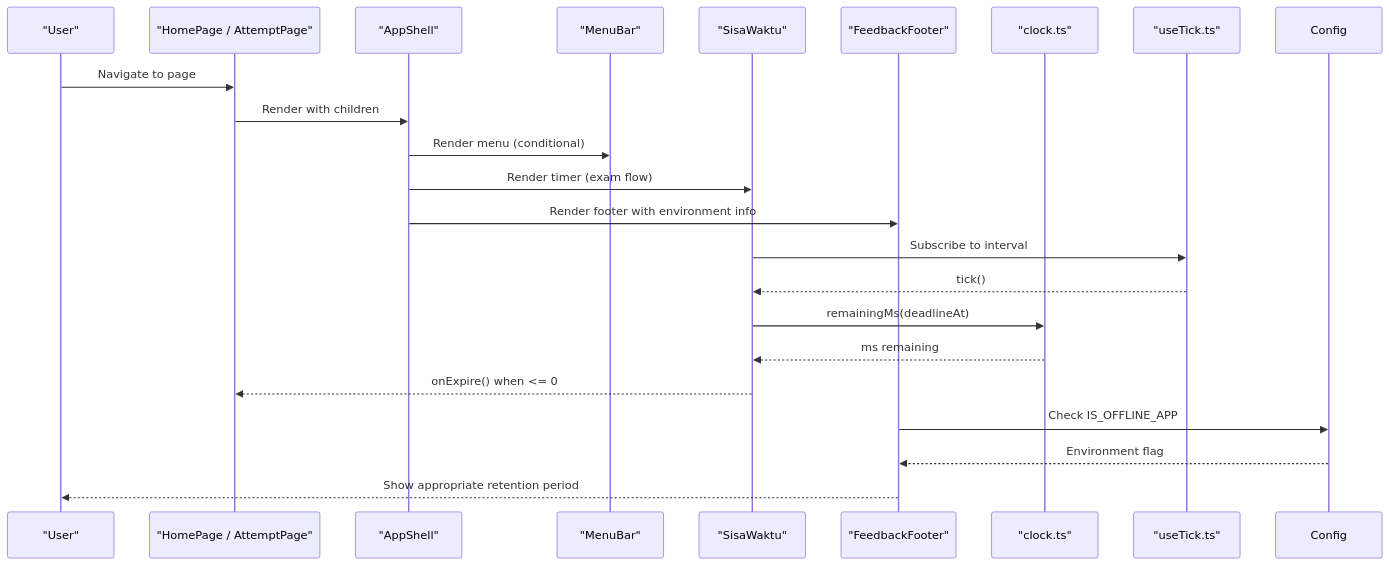
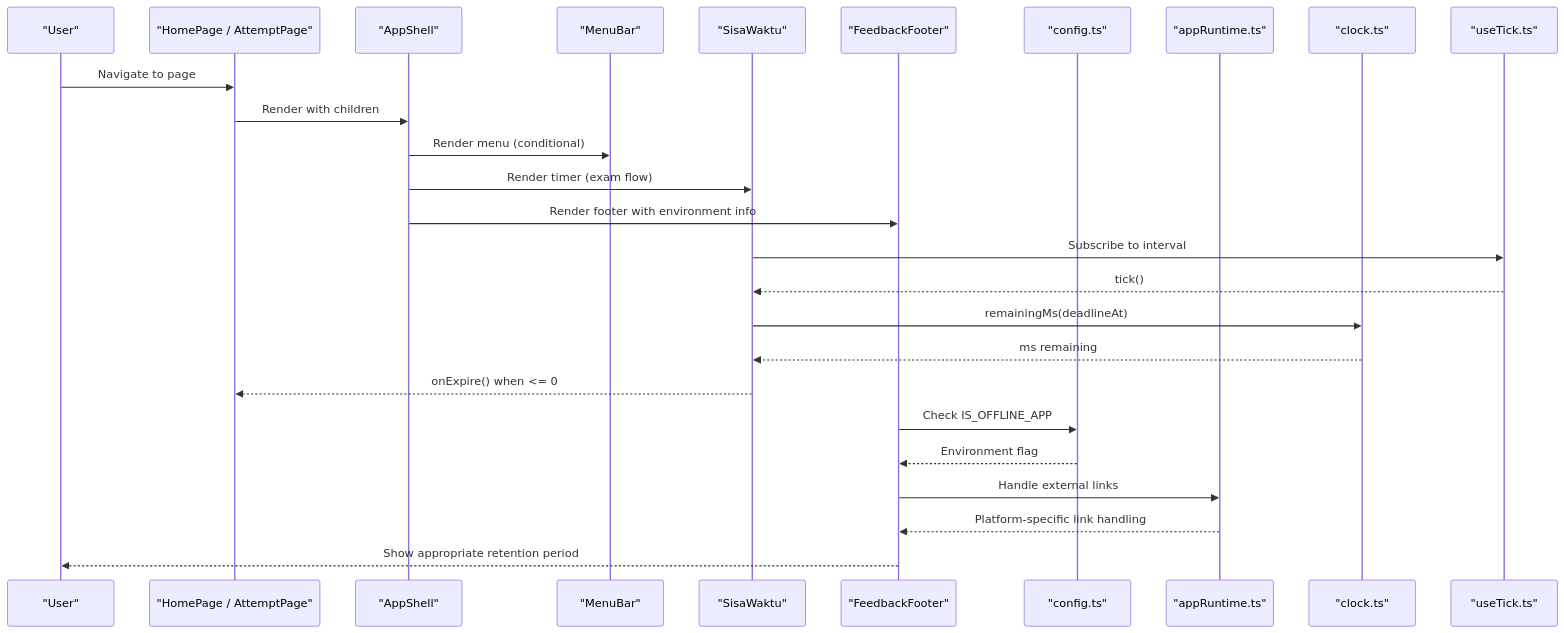
The second of 3 diagrams in .qoder/repowiki/en/content/Frontend Application/UI Components.md (muhammadhabibullah/tbs-lpdp), drawn with Mermaid before and after one commit. The commit also changed other lines of this file and 2 other files, not shown here.

````diff
--- a/.qoder/repowiki/en/content/Frontend Application/UI Components.md
+++ b/.qoder/repowiki/en/content/Frontend Application/UI Components.md
@@ -125,24 +131,28 @@
 ```mermaid
 sequenceDiagram
 participant User as "User"
 participant Page as "HomePage / AttemptPage"
 participant Shell as "AppShell"
 participant Nav as "MenuBar"
 participant Timer as "SisaWaktu"
 participant Footer as "FeedbackFooter"
+participant Config as "config.ts"
+participant Runtime as "appRuntime.ts"
 participant Clock as "clock.ts"
 participant Tick as "useTick.ts"
 User->>Page : Navigate to page
 Page->>Shell : Render with children
 Shell->>Nav : Render menu (conditional)
 Shell->>Timer : Render timer (exam flow)
 Shell->>Footer : Render footer with environment info
 Timer->>Tick : Subscribe to interval
 Tick-->>Timer : tick()
 Timer->>Clock : remainingMs(deadlineAt)
 Clock-->>Timer : ms remaining
 Timer-->>Page : onExpire() when <= 0
 Footer->>Config : Check IS_OFFLINE_APP
 Config-->>Footer : Environment flag
+Footer->>Runtime : Handle external links
+Runtime-->>Footer : Platform-specific link handling
 Footer-->>User : Show appropriate retention period
 ```
````
